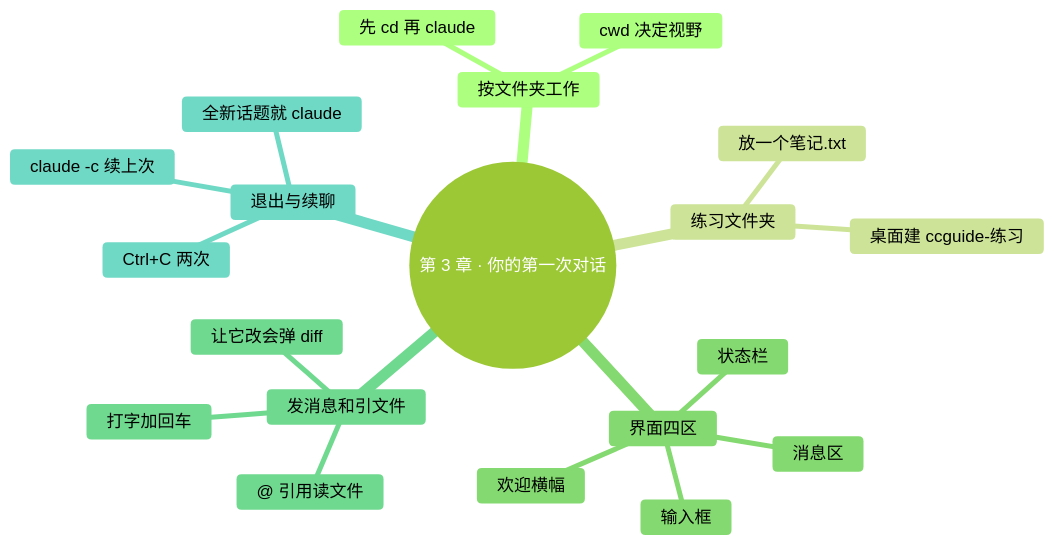
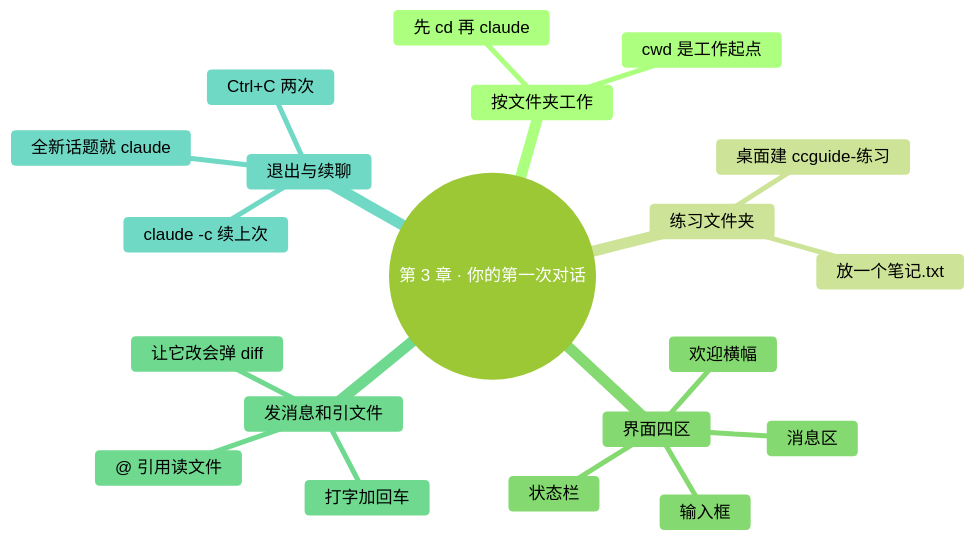
One commit to mali9527/claude-code-full-guide-for-beginners changed the diagram in manuscript/part1-从零起步/03-你的第一次对话.md. Above: the diagram before and after it, drawn with Mermaid. The commit also changed other lines of this file and 130 other files, not shown here.

````diff
--- a/manuscript/part1-从零起步/03-你的第一次对话.md
+++ b/manuscript/part1-从零起步/03-你的第一次对话.md
@@ -20,31 +20,31 @@
 ```mermaid
 ---
 config:
   theme: forest
   themeVariables:
     fontFamily: "-apple-system, 'SF Pro Text', 'PingFang SC', 'Helvetica Neue', sans-serif"
     fontSize: "17px"
     lineColor: "#D9D9D9"
 ---
 mindmap
   root((第 3 章 · 你的第一次对话))
     按文件夹工作
       先 cd 再 claude
-      cwd 决定视野
+      cwd 是工作起点
     练习文件夹
       桌面建 ccguide-练习
       放一个笔记.txt
     界面四区
       欢迎横幅
       消息区
       状态栏
       输入框
     发消息和引文件
       打字加回车
       @ 引用读文件
       让它改会弹 diff
     退出与续聊
       Ctrl+C 两次
       claude -c 续上次
       全新话题就 claude
 ```
````
